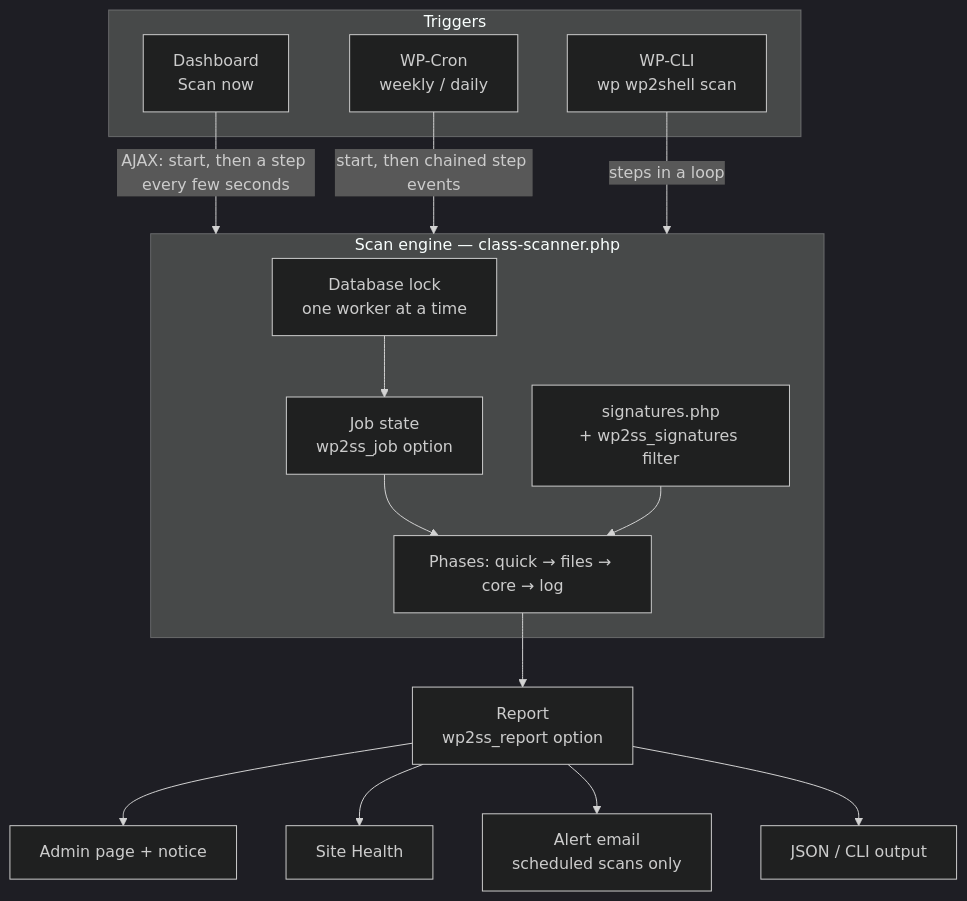
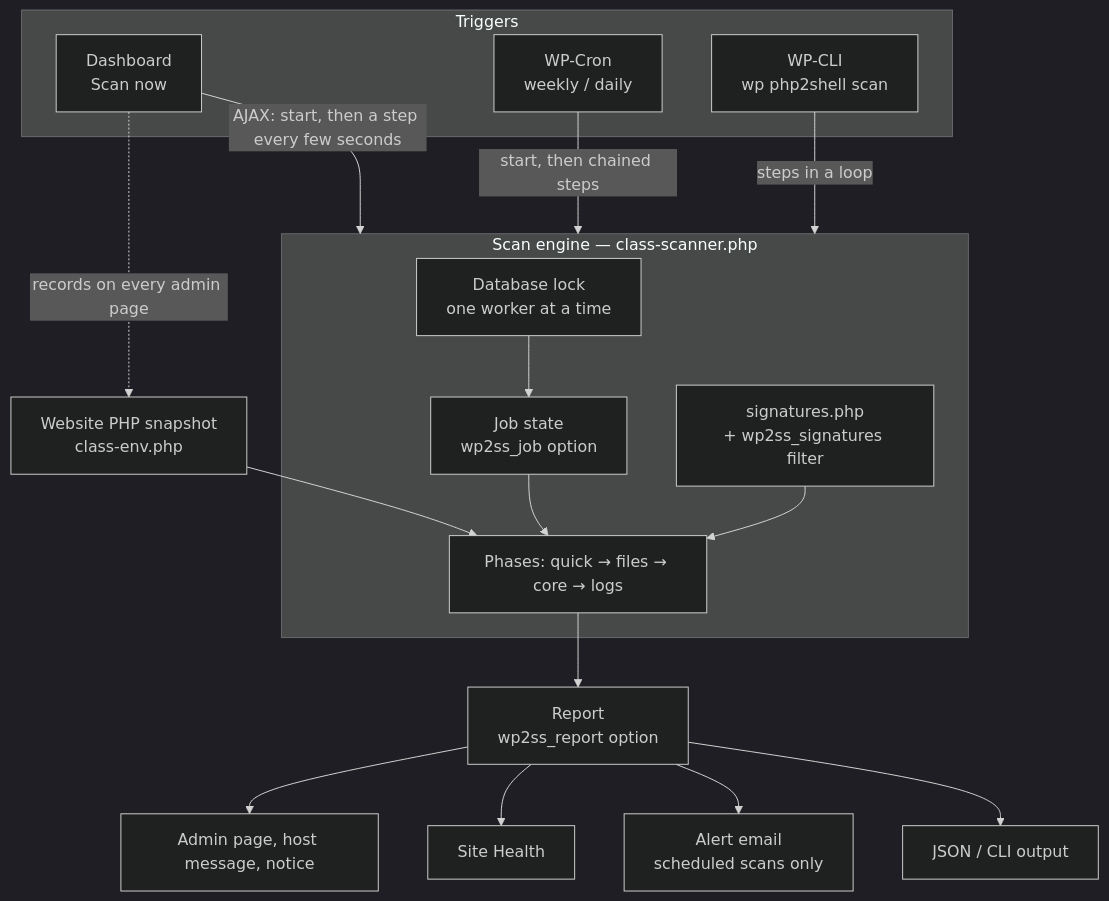
Before and after one commit to CptNope/JAT-Shell-Scanner: diagram 11 of 14 in README.md, drawn with Mermaid (dark theme). The commit also changed other lines of this file and 20 other files, not shown here.

````diff
--- a/README.md
+++ b/README.md
@@ -529,21 +656,24 @@
 ```mermaid
 flowchart TB
     subgraph Triggers
         UI["Dashboard<br/>Scan now"]
         CRON["WP-Cron<br/>weekly / daily"]
-        CLI["WP-CLI<br/>wp wp2shell scan"]
+        CLI["WP-CLI<br/>wp php2shell scan"]
     end
+    ENV["Website PHP snapshot<br/>class-env.php"]
     UI -->|"AJAX: start, then a step every few seconds"| ENGINE
-    CRON -->|"start, then chained step events"| ENGINE
+    CRON -->|"start, then chained steps"| ENGINE
     CLI -->|"steps in a loop"| ENGINE
+    UI -.->|"records on every admin page"| ENV
     subgraph ENGINE["Scan engine — class-scanner.php"]
         LOCK["Database lock<br/>one worker at a time"] --> JOB["Job state<br/>wp2ss_job option"]
-        JOB --> PH["Phases: quick → files → core → log"]
+        JOB --> PH["Phases: quick → files → core → logs"]
         SIG["signatures.php<br/>+ wp2ss_signatures filter"] --> PH
     end
+    ENV --> PH
     PH --> REPORT["Report<br/>wp2ss_report option"]
-    REPORT --> ADMIN["Admin page + notice"]
+    REPORT --> ADMIN["Admin page, host message, notice"]
     REPORT --> HEALTH["Site Health"]
     REPORT --> MAIL["Alert email<br/>scheduled scans only"]
     REPORT --> JSON["JSON / CLI output"]
 ```
````
